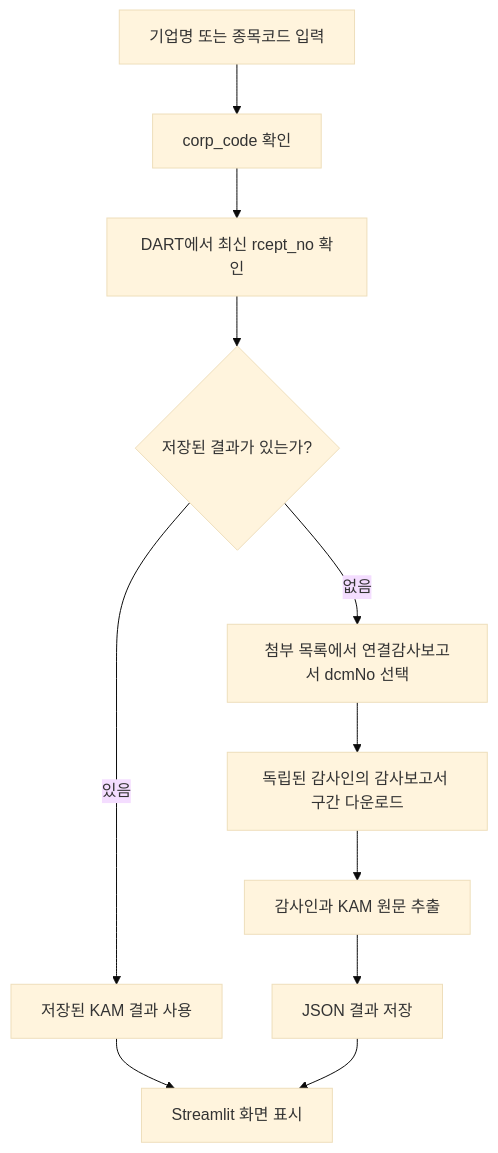
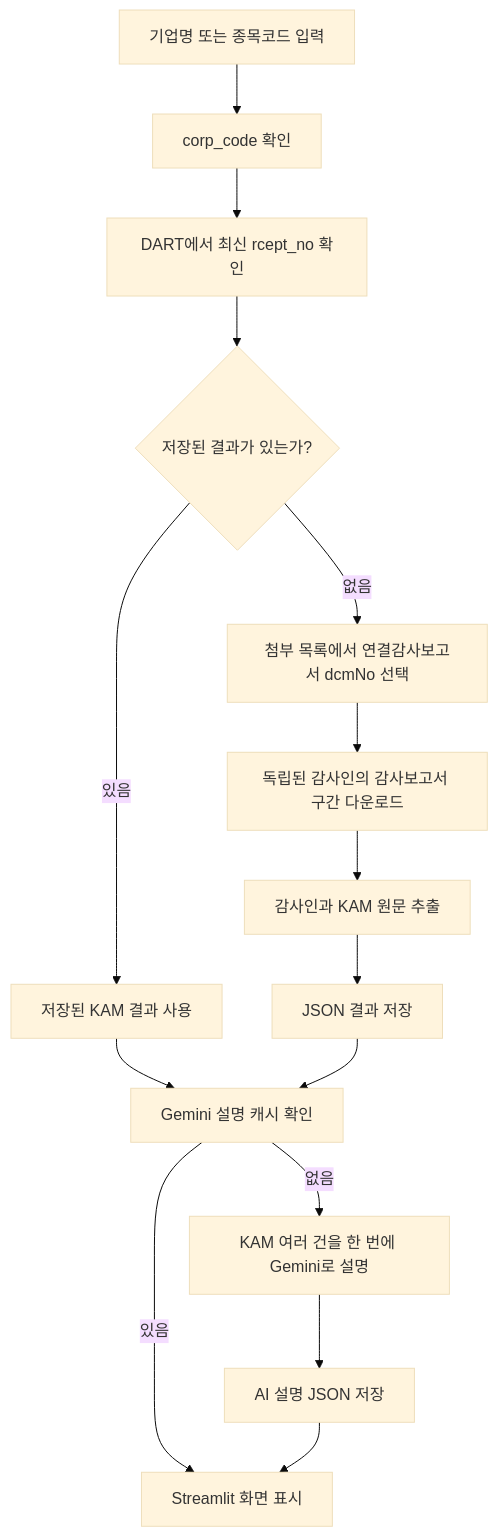
One commit to jekim0725/ForCPA changed the diagram in docs/dart-kam-mvp-simple.md. Above: the diagram before and after it, drawn with Mermaid (base theme). The commit also changed other lines of this file and 6 other files, not shown here.

Commit message:
feat: add beginner-friendly Gemini KAM summaries

````diff
--- a/docs/dart-kam-mvp-simple.md
+++ b/docs/dart-kam-mvp-simple.md
@@ -52,13 +53,17 @@
 ```mermaid
 flowchart TD
     A["기업명 또는 종목코드 입력"] --> B["corp_code 확인"]
     B --> C["DART에서 최신 rcept_no 확인"]
     C --> D{"저장된 결과가 있는가?"}
     D -->|"있음"| E["저장된 KAM 결과 사용"]
     D -->|"없음"| F["첨부 목록에서 연결감사보고서 dcmNo 선택"]
     F --> G["독립된 감사인의 감사보고서 구간 다운로드"]
     G --> H["감사인과 KAM 원문 추출"]
     H --> I["JSON 결과 저장"]
-    E --> J["Streamlit 화면 표시"]
+    E --> J["Gemini 설명 캐시 확인"]
     I --> J
+    J -->|"없음"| K["KAM 여러 건을 한 번에 Gemini로 설명"]
+    K --> L["AI 설명 JSON 저장"]
+    J -->|"있음"| M["Streamlit 화면 표시"]
+    L --> M
 ```
````
